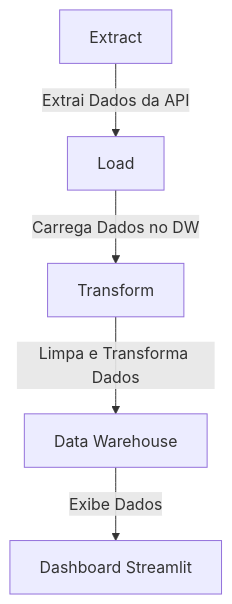
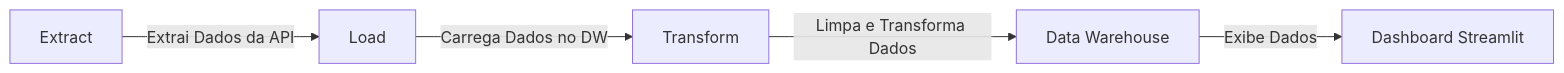
One commit to lvgalvao/workshop-aberto-dw-do-zero changed the second of 2 diagrams in README.md. Above: the diagram before and after it, drawn with Mermaid.

````diff
--- a/README.md
+++ b/README.md
@@ -59,7 +59,7 @@
 ```mermaid
-graph TD;
+graph LR;
     A[Extract] -->|Extrai Dados da API| B[Load]
     B -->|Carrega Dados no DW| C[Transform]
     C -->|Limpa e Transforma Dados| D[Data Warehouse]
     D -->|Exibe Dados| E[Dashboard Streamlit]
 ```
````
